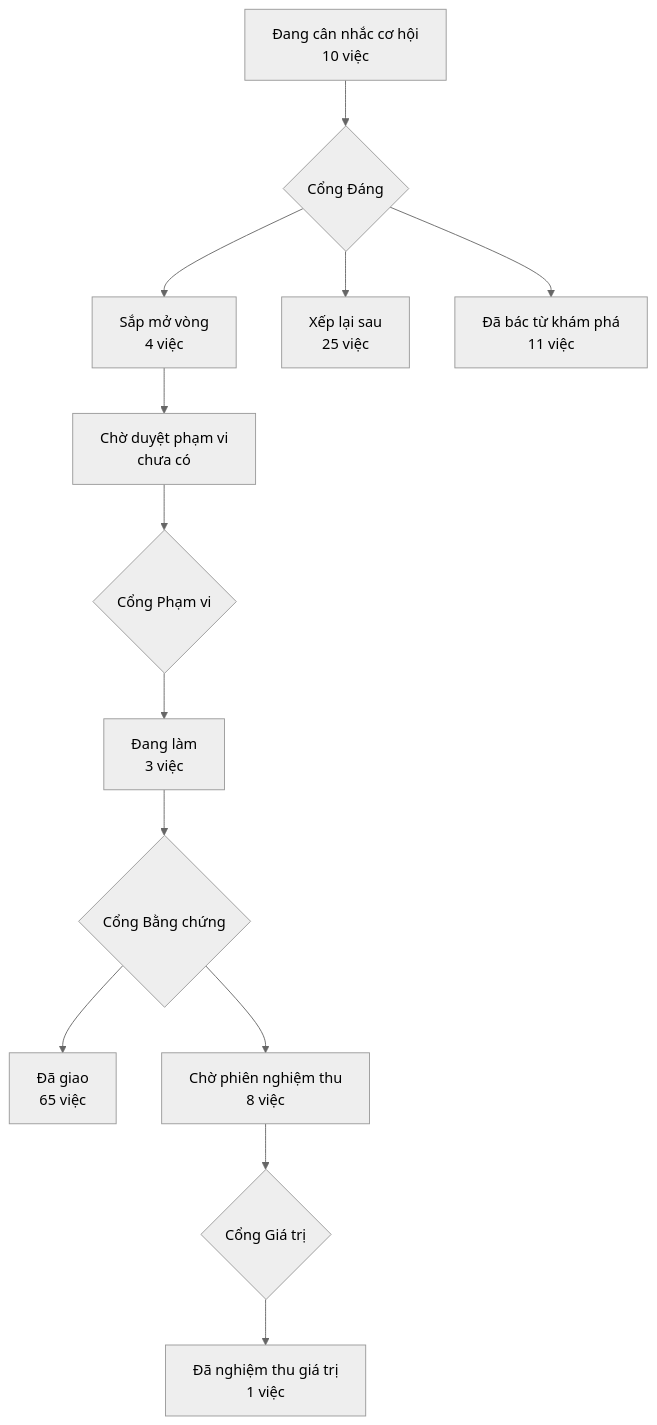
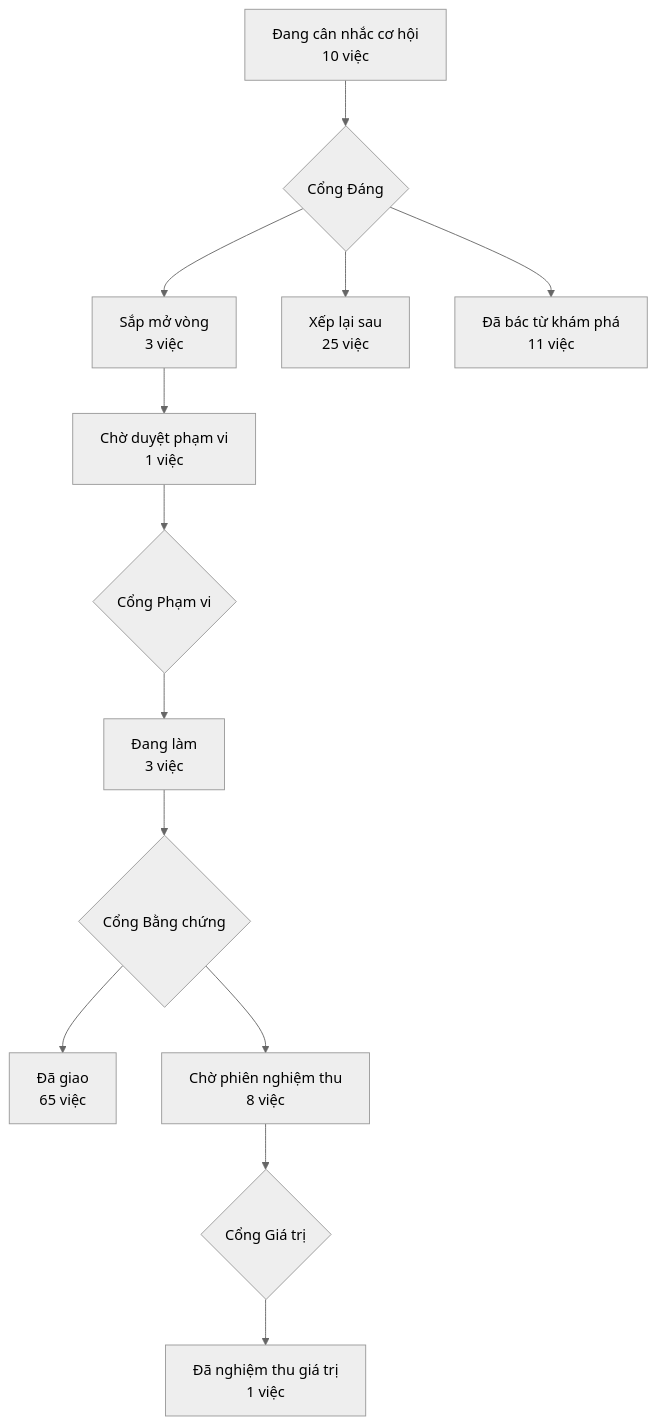
The diagram in PRODUCT-MAP.md (phanlemanh/acceptance-gate-kit), drawn with Mermaid (neutral theme) before and after one commit. The commit also changed other lines of this file and 18 other files, not shown here.

First line of the commit message:
S1(ho-so-nghi): thiết kế + hợp đồng 10 tiêu chí + 11 phép đo — Cổng Phạm vi đã ký

````diff
--- a/PRODUCT-MAP.md
+++ b/PRODUCT-MAP.md
@@ -6,12 +6,12 @@
 ```mermaid
 flowchart TD
   A["Đang cân nhắc cơ hội<br/>10 việc"] --> GD{"Cổng Đáng"}
-  GD --> B["Sắp mở vòng<br/>4 việc"]
+  GD --> B["Sắp mở vòng<br/>3 việc"]
   GD --> XL["Xếp lại sau<br/>25 việc"]
   GD --> DB["Đã bác từ khám phá<br/>11 việc"]
-  B --> CD["Chờ duyệt phạm vi<br/>chưa có"] --> GP{"Cổng Phạm vi"}
+  B --> CD["Chờ duyệt phạm vi<br/>1 việc"] --> GP{"Cổng Phạm vi"}
   GP --> DL["Đang làm<br/>3 việc"] --> GB{"Cổng Bằng chứng"}
   GB --> DG["Đã giao<br/>65 việc"]
   GB --> CN["Chờ phiên nghiệm thu<br/>8 việc"] --> GG{"Cổng Giá trị"}
   GG --> NT["Đã nghiệm thu giá trị<br/>1 việc"]
 ```
````
